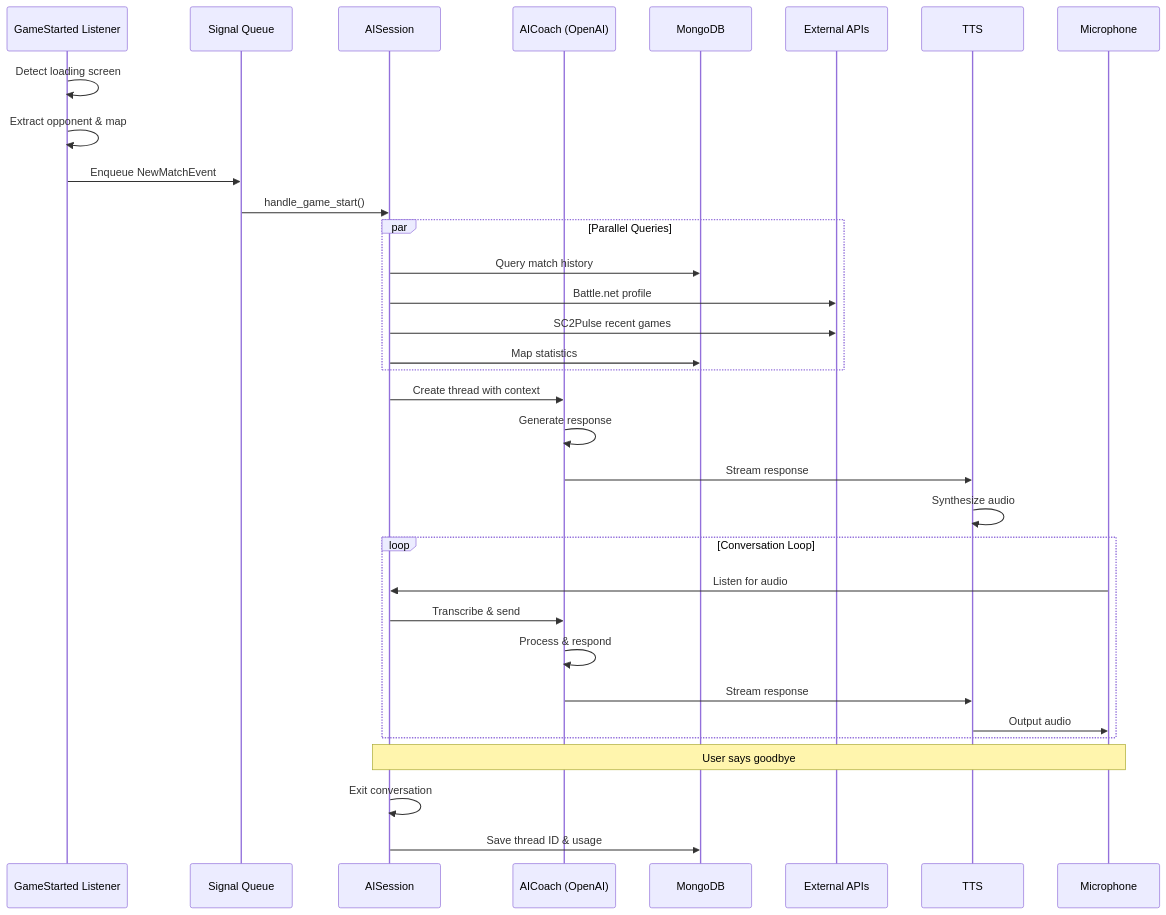
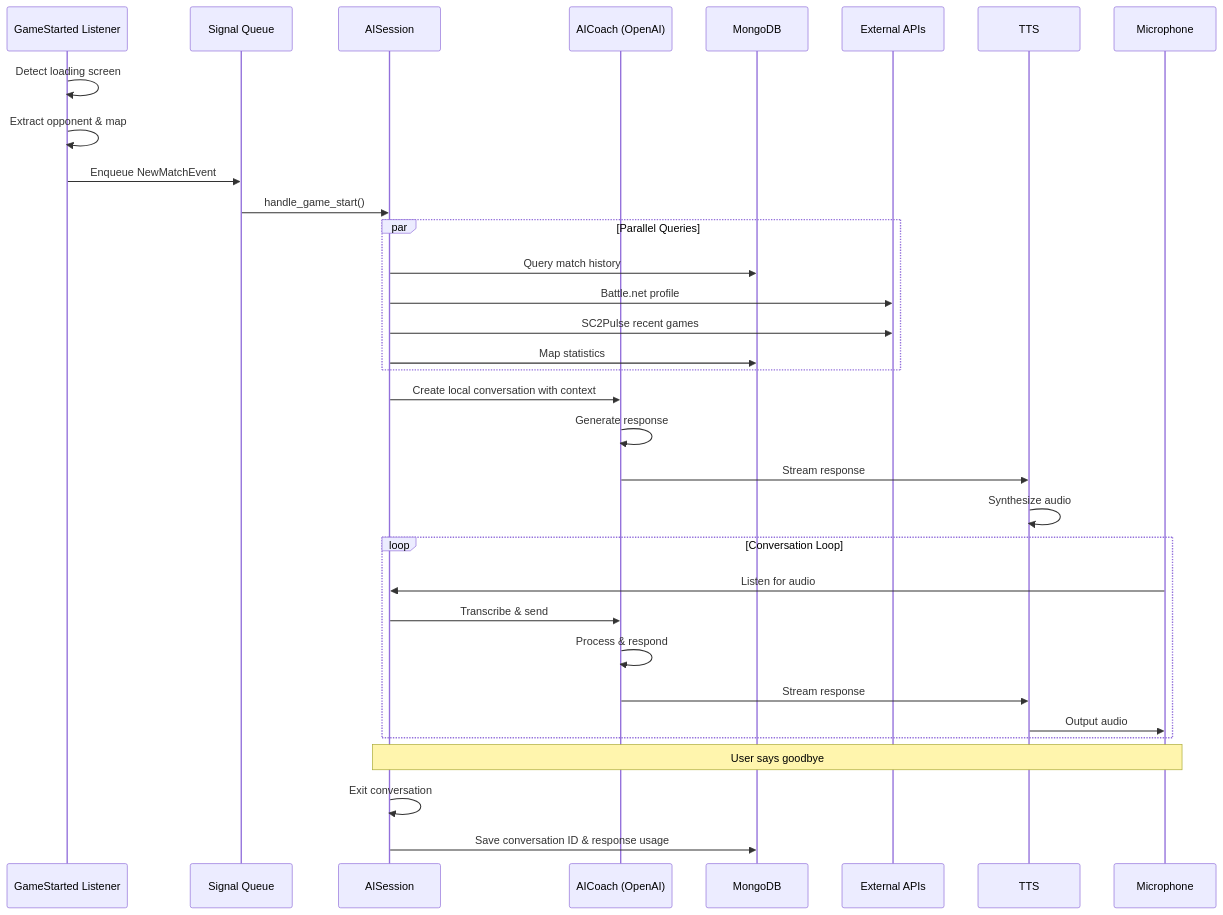
One commit to manuelseeger/sc2-ai-coach changed the fifth of 7 diagrams in spec/architecture.md. Above: the diagram before and after it, drawn with Mermaid. The commit also changed other lines of this file and 33 other files, not shown here.

````diff
--- a/spec/architecture.md
+++ b/spec/architecture.md
@@ -424,41 +425,41 @@
 ```mermaid
 sequenceDiagram
     participant OCR as GameStarted Listener
     participant Queue as Signal Queue
     participant Session as AISession
     participant LLM as AICoach (OpenAI)
     participant DB as MongoDB
     participant APIs as External APIs
     participant TTS as TTS
     participant Mic as Microphone
     
     OCR->>OCR: Detect loading screen
     OCR->>OCR: Extract opponent & map
     OCR->>Queue: Enqueue NewMatchEvent
     Queue->>Session: handle_game_start()
     
     par Parallel Queries
         Session->>DB: Query match history
         Session->>APIs: Battle.net profile
         Session->>APIs: SC2Pulse recent games
         Session->>DB: Map statistics
     end
     
-    Session->>LLM: Create thread with context
+    Session->>LLM: Create local conversation with context
     LLM->>LLM: Generate response
     LLM->>TTS: Stream response
     TTS->>TTS: Synthesize audio
     
     loop Conversation Loop
         Mic->>Session: Listen for audio
         Session->>LLM: Transcribe & send
         LLM->>LLM: Process & respond
         LLM->>TTS: Stream response
         TTS->>Mic: Output audio
     end
     
     Note over Mic,Session: User says goodbye
     Session->>Session: Exit conversation
     
-    Session->>DB: Save thread ID & usage
+    Session->>DB: Save conversation ID & response usage
 ```
````
